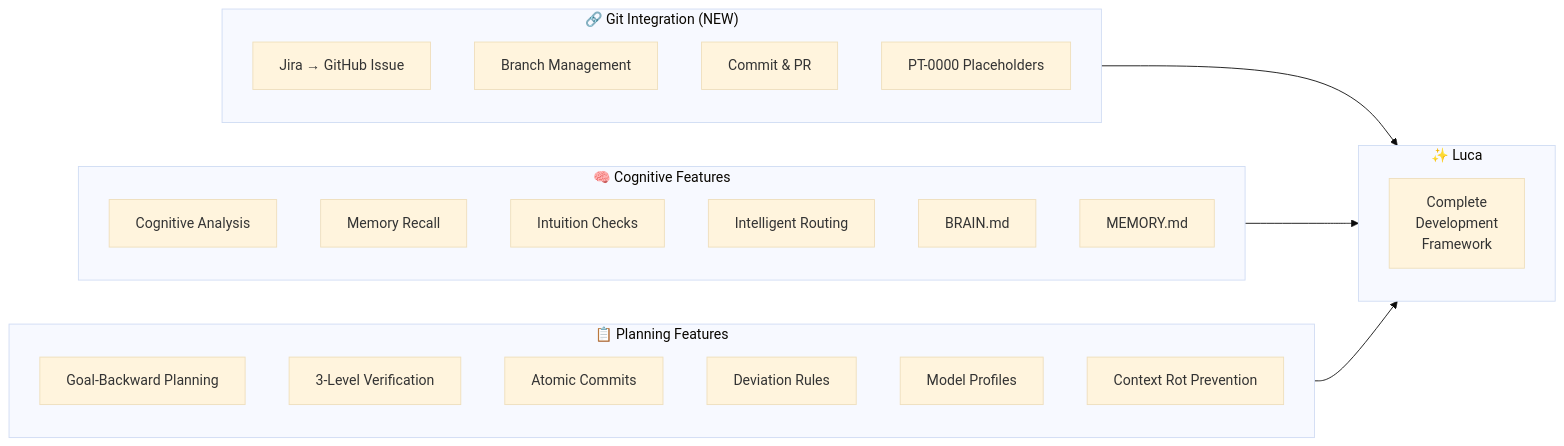
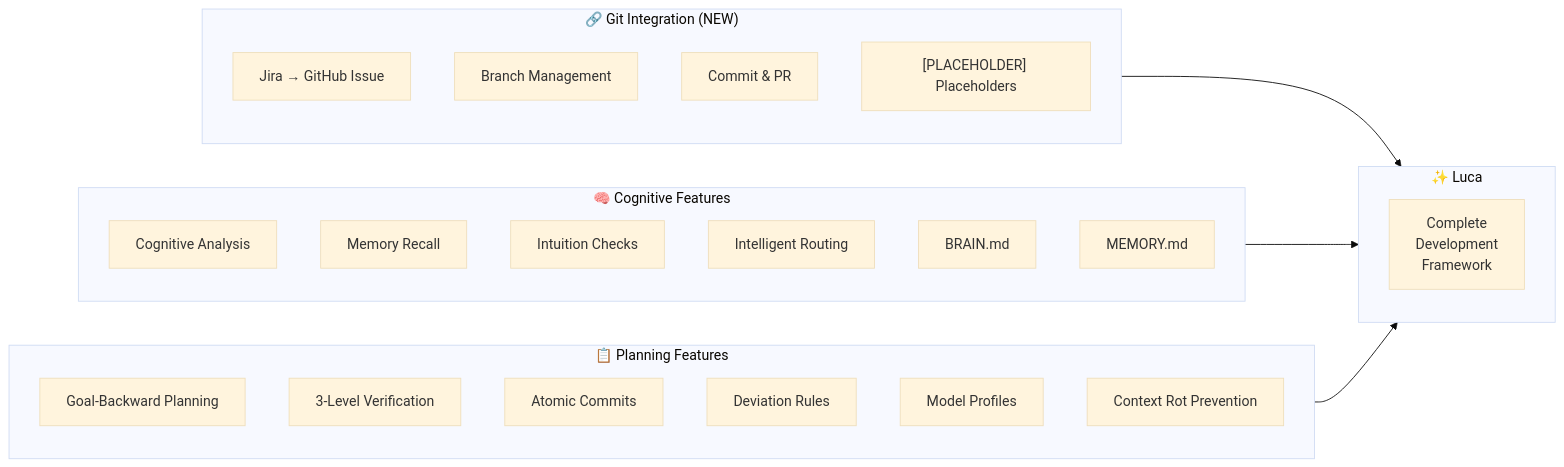
One commit to asibilia/luca-framework changed the second of 14 diagrams in docs/agent-framework/luca/diagrams.md. Above: the diagram before and after it, drawn with Mermaid (base theme). The commit also changed other lines of this file and 205 other files, not shown here.

````diff
--- a/docs/agent-framework/luca/diagrams.md
+++ b/docs/agent-framework/luca/diagrams.md
@@ -79,35 +79,35 @@
 ```mermaid
 flowchart LR
     subgraph Git["🔗 Git Integration (NEW)"]
         G1["Jira → GitHub Issue"]
         G2["Branch Management"]
         G3["Commit & PR"]
-        G4["PT-0000 Placeholders"]
+        G4["[PLACEHOLDER] Placeholders"]
     end
 
     subgraph Cognitive["🧠 Cognitive Features"]
         B1["Cognitive Analysis"]
         B2["Memory Recall"]
         B3["Intuition Checks"]
         B4["Intelligent Routing"]
         B5["BRAIN.md"]
         B6["MEMORY.md"]
     end
 
     subgraph Planning["📋 Planning Features"]
         V1["Goal-Backward Planning"]
         V2["3-Level Verification"]
         V3["Atomic Commits"]
         V4["Deviation Rules"]
         V5["Model Profiles"]
         V6["Context Rot Prevention"]
     end
 
     subgraph Origin["✨ Luca"]
         O["Complete<br/>Development<br/>Framework"]
     end
 
     Git --> Origin
     Cognitive --> Origin
     Planning --> Origin
 ```
````
